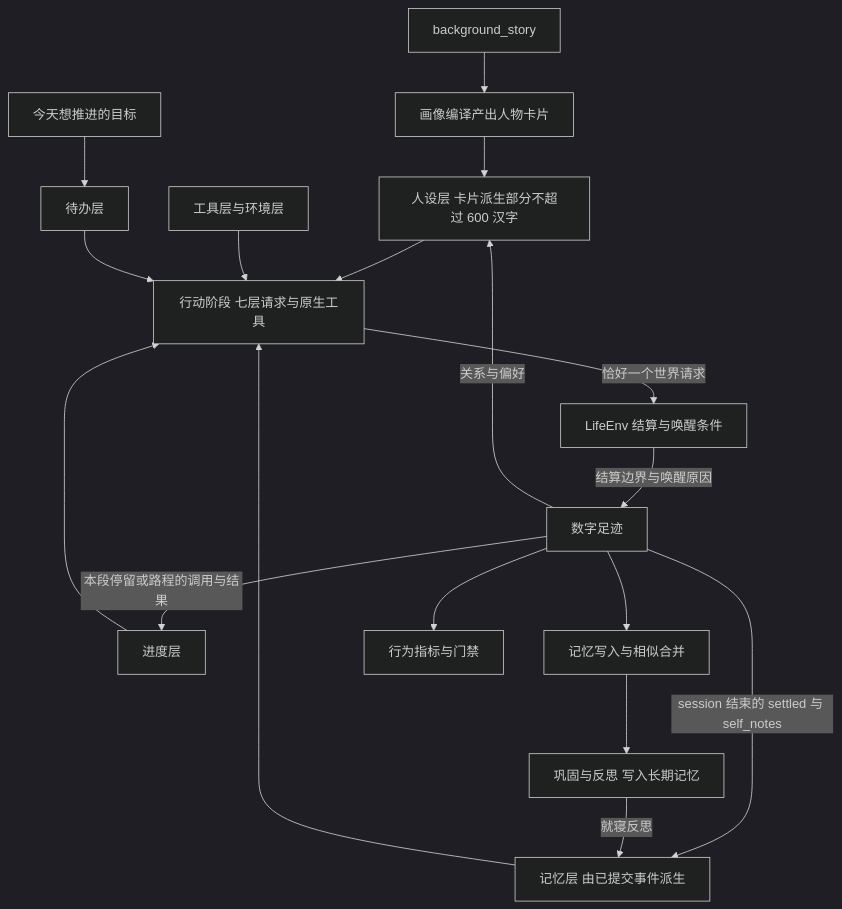
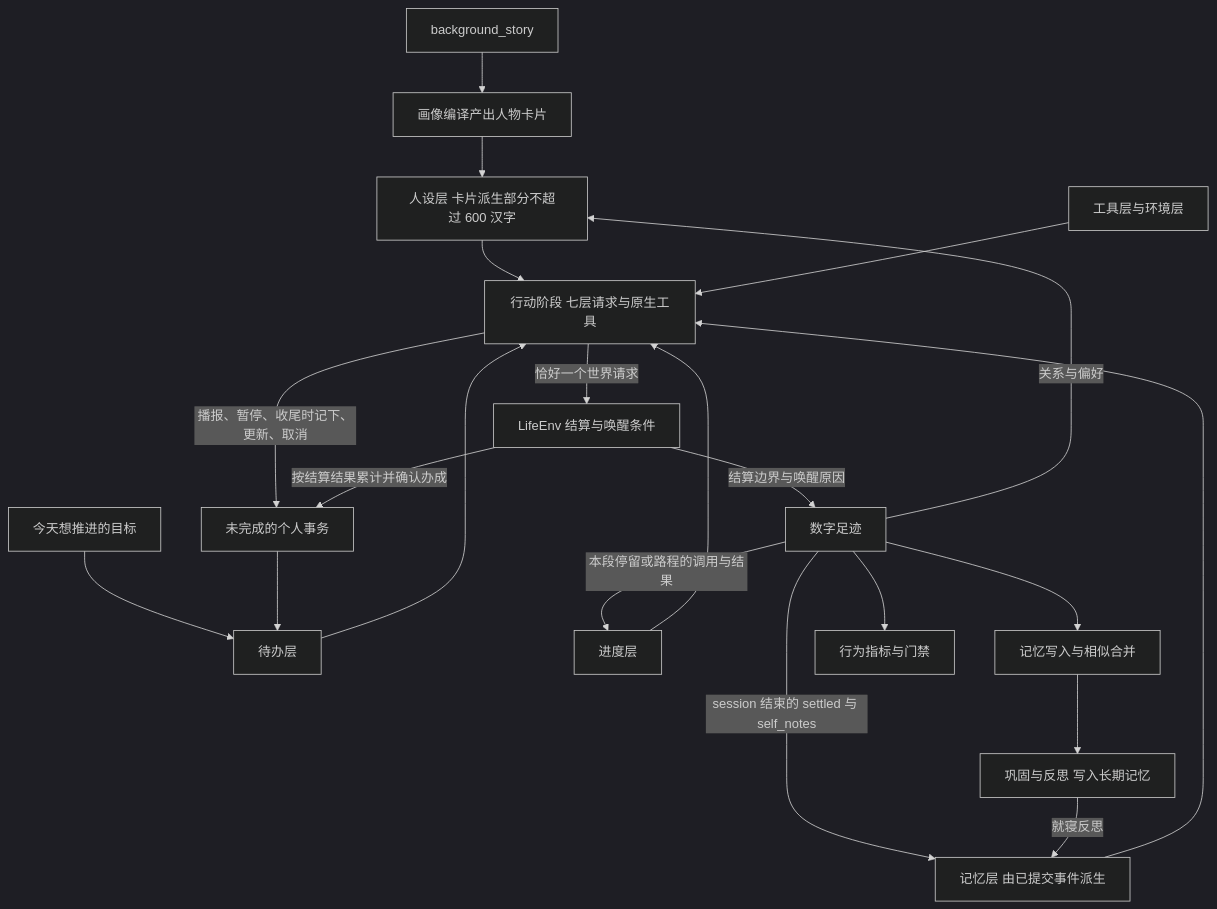
The first of 3 diagrams in docs/dev/SPEC-life-realism.md (HoldThatThgt/WorldMock), drawn with Mermaid (dark theme) before and after one commit. The commit also changed other lines of this file and 28 other files, not shown here.

````diff
--- a/docs/dev/SPEC-life-realism.md
+++ b/docs/dev/SPEC-life-realism.md
@@ -36,20 +43,23 @@
 ```mermaid
 flowchart TD
     BS[background_story] --> PC[画像编译产出人物卡片]
     PC --> PER[人设层 卡片派生部分不超过 600 汉字]
     PER --> ACT[行动阶段 七层请求与原生工具]
     LAYERS[工具层与环境层] --> ACT
     PLAN[今天想推进的目标] --> TODO[待办层]
+    ERR[未完成的个人事务] --> TODO
+    ACT -->|播报、暂停、收尾时记下、更新、取消| ERR
+    ENV -->|按结算结果累计并确认办成| ERR
     TODO --> ACT
     MEM[记忆层 由已提交事件派生] --> ACT
     ACT -->|恰好一个世界请求| ENV[LifeEnv 结算与唤醒条件]
     ENV -->|结算边界与唤醒原因| FOOT[数字足迹]
     FOOT -->|本段停留或路程的调用与结果| PROG[进度层]
     PROG --> ACT
     FOOT -->|session 结束的 settled 与 self_notes| MEM
     FOOT -->|关系与偏好| PER
     FOOT --> WRITE[记忆写入与相似合并]
     WRITE --> CONSO[巩固与反思 写入长期记忆]
     CONSO -->|就寝反思| MEM
     FOOT --> METRIC[行为指标与门禁]
 ```
````
